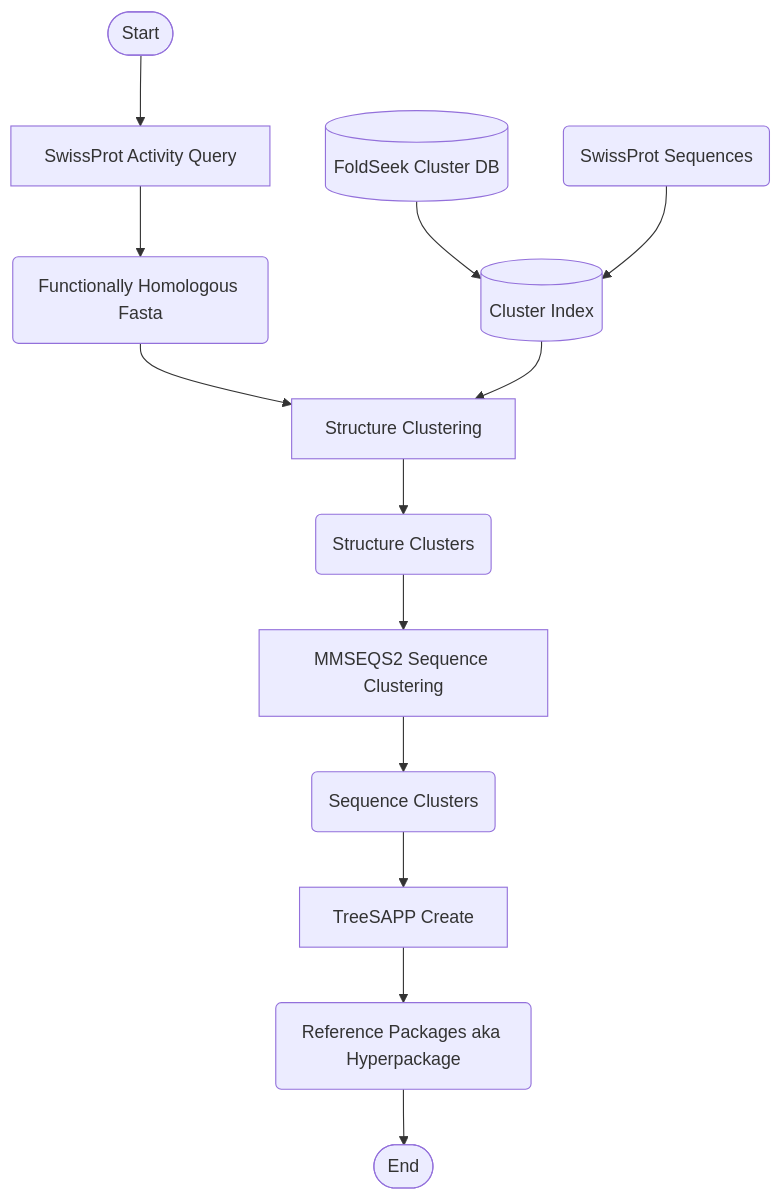
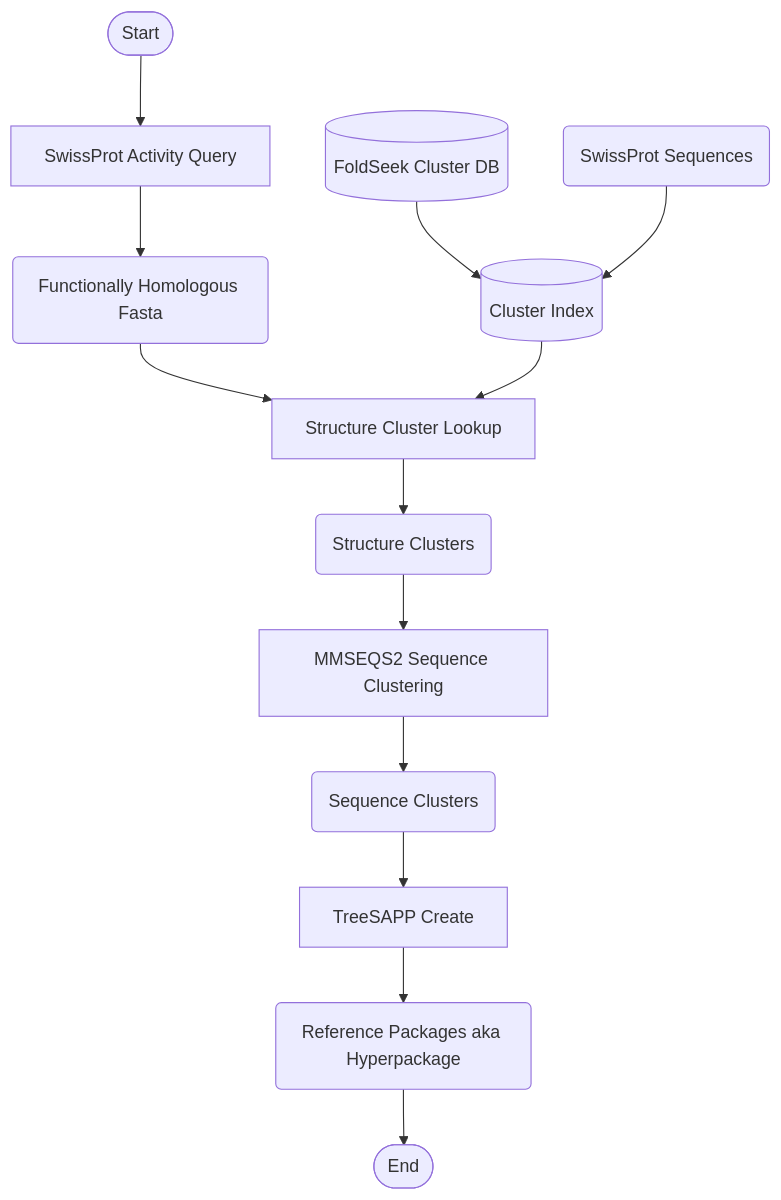
Before and after one commit to RyloByte/TS-Capstone-2025: the diagram in README.md, drawn with Mermaid. The commit also changed other lines of this file and 7 other files, not shown here.

````diff
--- a/README.md
+++ b/README.md
@@ -12,23 +12,23 @@
 ```mermaid
 flowchart TD
     A([Start])
     B(Functionally Homologous Fasta)
-    B-->C[Structure Clustering]
+    B-->C[Structure Cluster Lookup]
     C-->D(Structure Clusters)
     D-->E[MMSEQS2 Sequence Clustering]
     E-->F(Sequence Clusters)
     F-->G[TreeSAPP Create]
     G-->H(Reference Packages aka Hyperpackage)
     H-->I([End])
     
     J[(Cluster Index)]
     K[(FoldSeek Cluster DB)]
     L(SwissProt Sequences)
     K-->J
     L-->J
     J-->C
     
     M[SwissProt Activity Query]
     M-->B
     A-->M
 ```
````
